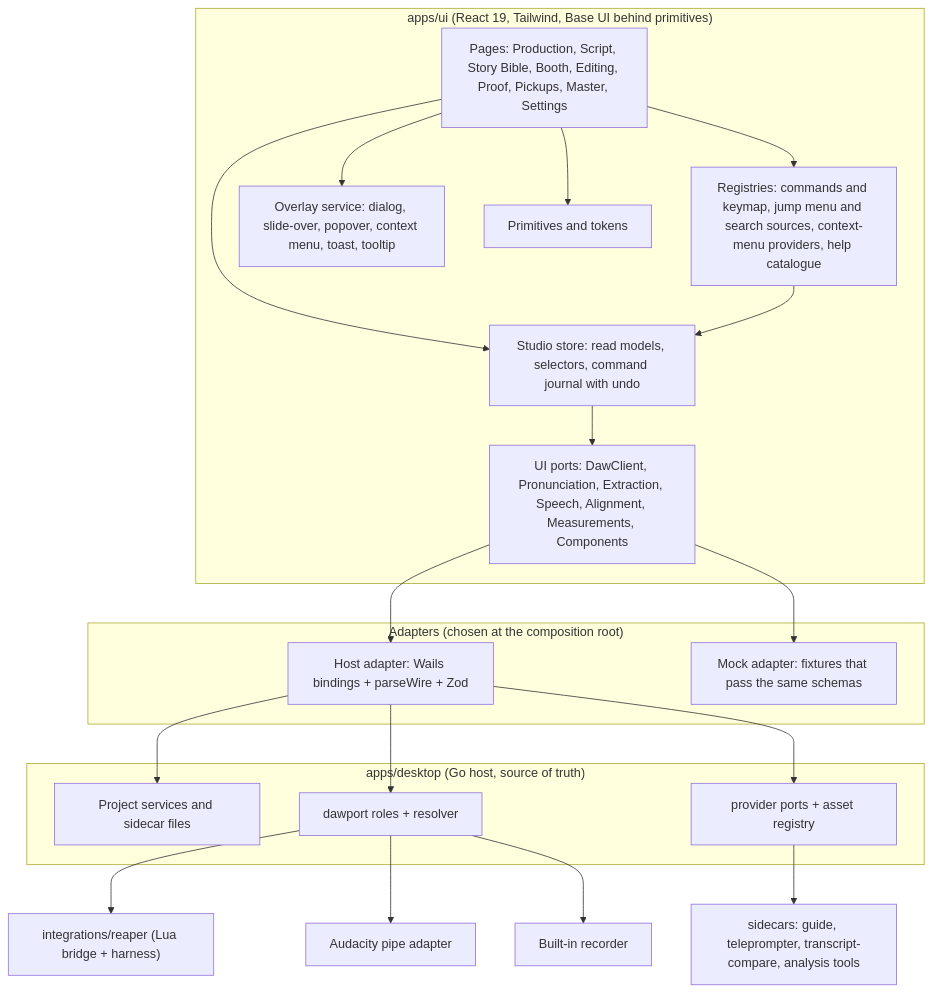
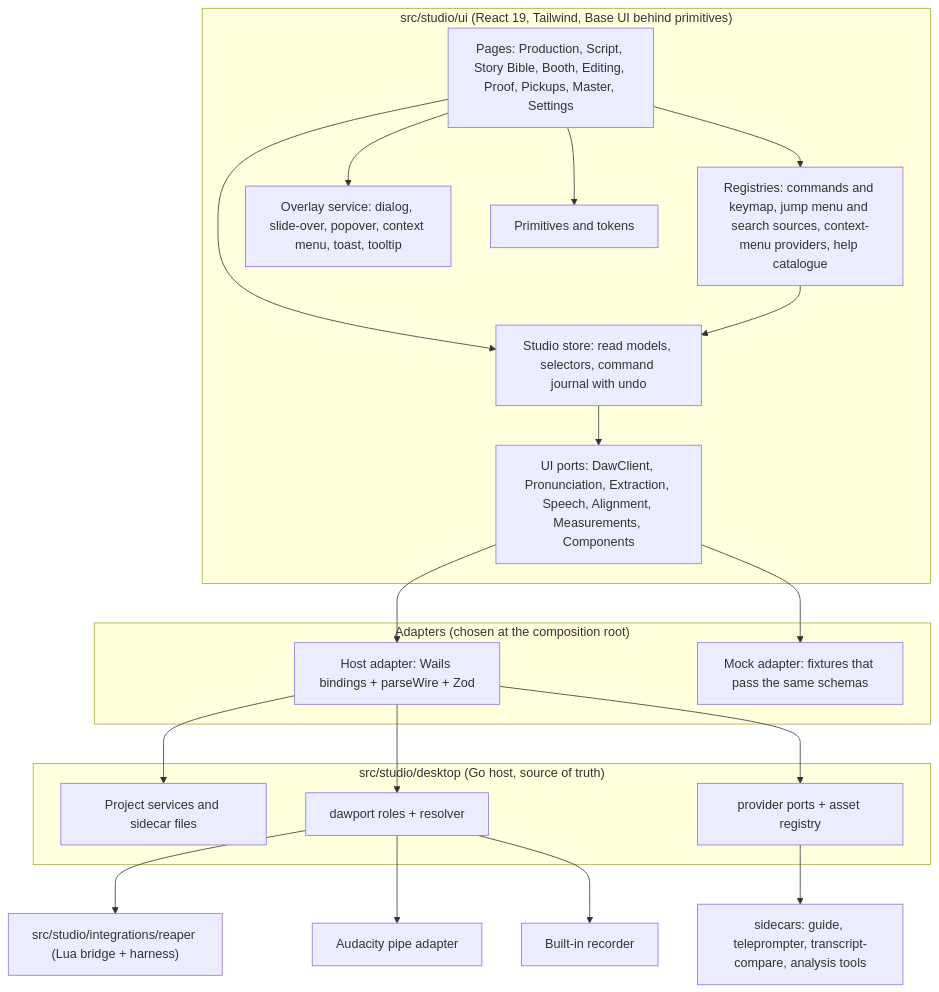
The first of 3 diagrams in docs/prds/studio-next-rebuild.prd.md (countrymanprime/narration-studio), drawn with Mermaid before and after one commit. The commit also changed other lines of this file and 6019 other files, not shown here.

Commit message:
refactor: move the app under src/studio and the Pages app to src/web (#2264)

````diff
--- a/docs/prds/studio-next-rebuild.prd.md
+++ b/docs/prds/studio-next-rebuild.prd.md
@@ -168,35 +168,35 @@
 ```mermaid
 flowchart TB
-  subgraph UI["apps/ui (React 19, Tailwind, Base UI behind primitives)"]
+  subgraph UI["src/studio/ui (React 19, Tailwind, Base UI behind primitives)"]
     Pages["Pages: Production, Script, Story Bible, Booth, Editing, Proof, Pickups, Master, Settings"]
     Registries["Registries: commands and keymap, jump menu and search sources, context-menu providers, help catalogue"]
     Overlay["Overlay service: dialog, slide-over, popover, context menu, toast, tooltip"]
     Store["Studio store: read models, selectors, command journal with undo"]
     Ports["UI ports: DawClient, Pronunciation, Extraction, Speech, Alignment, Measurements, Components"]
     Prims["Primitives and tokens"]
     Pages --> Registries
     Pages --> Overlay
     Pages --> Store
     Pages --> Prims
     Store --> Ports
     Registries --> Store
   end
   subgraph Adapters["Adapters (chosen at the composition root)"]
     Host["Host adapter: Wails bindings + parseWire + Zod"]
     Mock["Mock adapter: fixtures that pass the same schemas"]
   end
   Ports --> Host
   Ports --> Mock
-  subgraph Go["apps/desktop (Go host, source of truth)"]
+  subgraph Go["src/studio/desktop (Go host, source of truth)"]
     Services["Project services and sidecar files"]
     DawPort["dawport roles + resolver"]
     ProvPorts["provider ports + asset registry"]
   end
   Host --> Services
   Host --> DawPort
   Host --> ProvPorts
-  DawPort --> Reaper["integrations/reaper (Lua bridge + harness)"]
+  DawPort --> Reaper["src/studio/integrations/reaper (Lua bridge + harness)"]
   DawPort --> Audacity["Audacity pipe adapter"]
   DawPort --> Builtin["Built-in recorder"]
   ProvPorts --> Sidecars["sidecars: guide, teleprompter, transcript-compare, analysis tools"]
 ```
````
